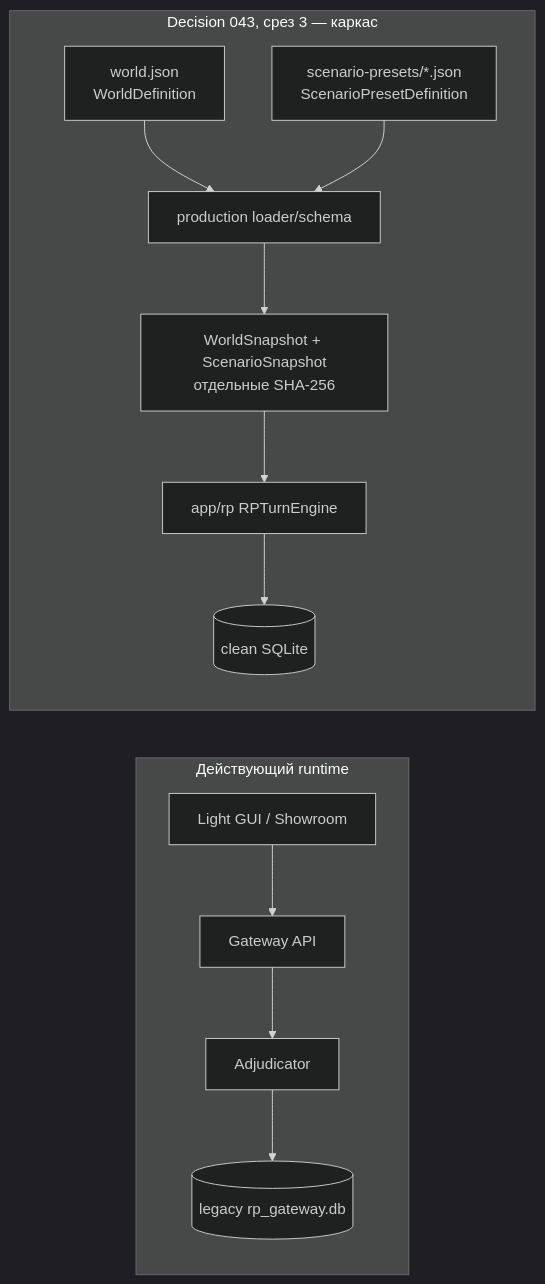
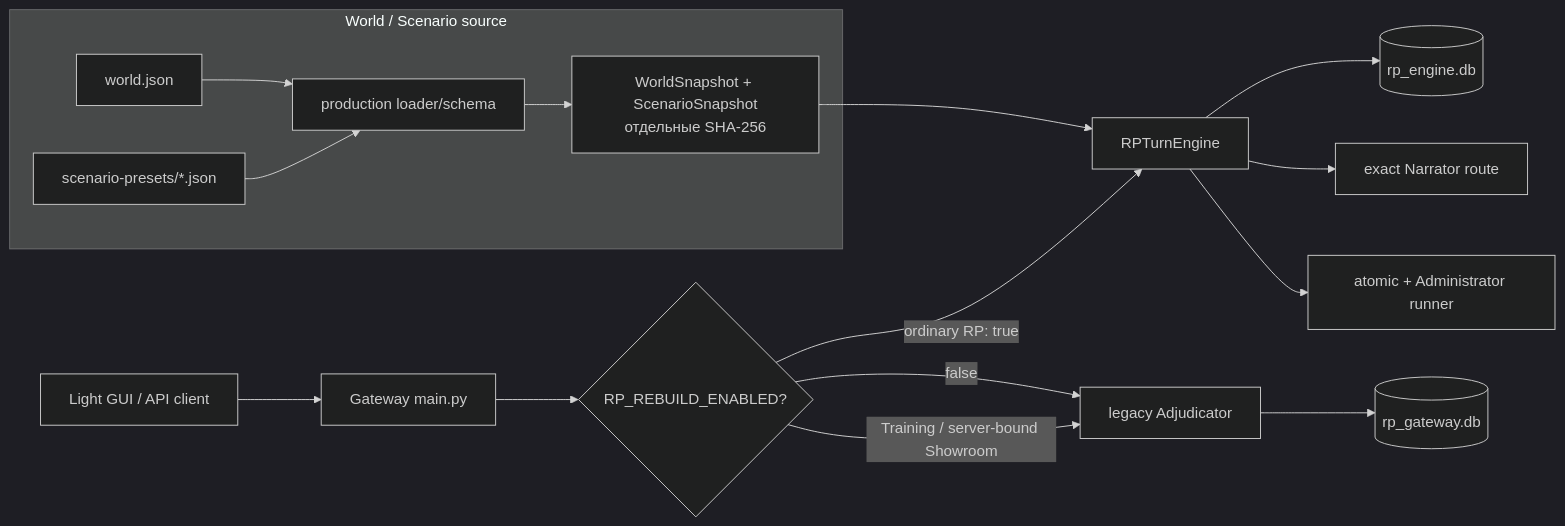
The third of 6 diagrams in docs/wiki/01-architecture.md (abykovwww-byte/ubuntu_ansible_palybooks), drawn with Mermaid (dark theme) before and after one commit. The commit also changed other lines of this file and 32 other files, not shown here.

Commit message:
feat(rp): integrate Decision 043 clean runtime

````diff
--- a/docs/wiki/01-architecture.md
+++ b/docs/wiki/01-architecture.md
@@ -85,16 +84,20 @@
 ```mermaid
 flowchart LR
-    subgraph Current["Действующий runtime"]
-        UI["Light GUI / Showroom"] --> API["Gateway API"]
-        API --> Adj["Adjudicator"]
-        Adj --> Legacy[("legacy rp_gateway.db")]
+    UI["Light GUI / API client"] --> API["Gateway main.py"]
+    API --> Flag{"RP_REBUILD_ENABLED?"}
+    Flag -->|"ordinary RP: true"| Engine["RPTurnEngine"]
+    Engine --> Clean[("rp_engine.db")]
+    Engine --> Narrator["exact Narrator route"]
+    Engine --> Runner["atomic + Administrator runner"]
+
+    Flag -->|"false"| Adj["legacy Adjudicator"]
+    Flag -->|"Training / server-bound Showroom"| Adj
+    Adj --> Legacy[("rp_gateway.db")]
+
+    subgraph Source["World / Scenario source"]
+        World["world.json"] --> Loader["production loader/schema"]
+        Scenario["scenario-presets/*.json"] --> Loader
+        Loader --> Snap["WorldSnapshot + ScenarioSnapshot\nотдельные SHA-256"]
     end
-
-    subgraph Offline["Decision 043, срез 3 — каркас"]
-        World["world.json\nWorldDefinition"] --> Loader["production loader/schema"]
-        Scenario["scenario-presets/*.json\nScenarioPresetDefinition"] --> Loader
-        Loader --> Snap["WorldSnapshot + ScenarioSnapshot\nотдельные SHA-256"]
-        Snap --> Engine["app/rp RPTurnEngine"]
-        Engine --> Clean[("clean SQLite")]
-    end
+    Snap --> Engine
 ```
````
